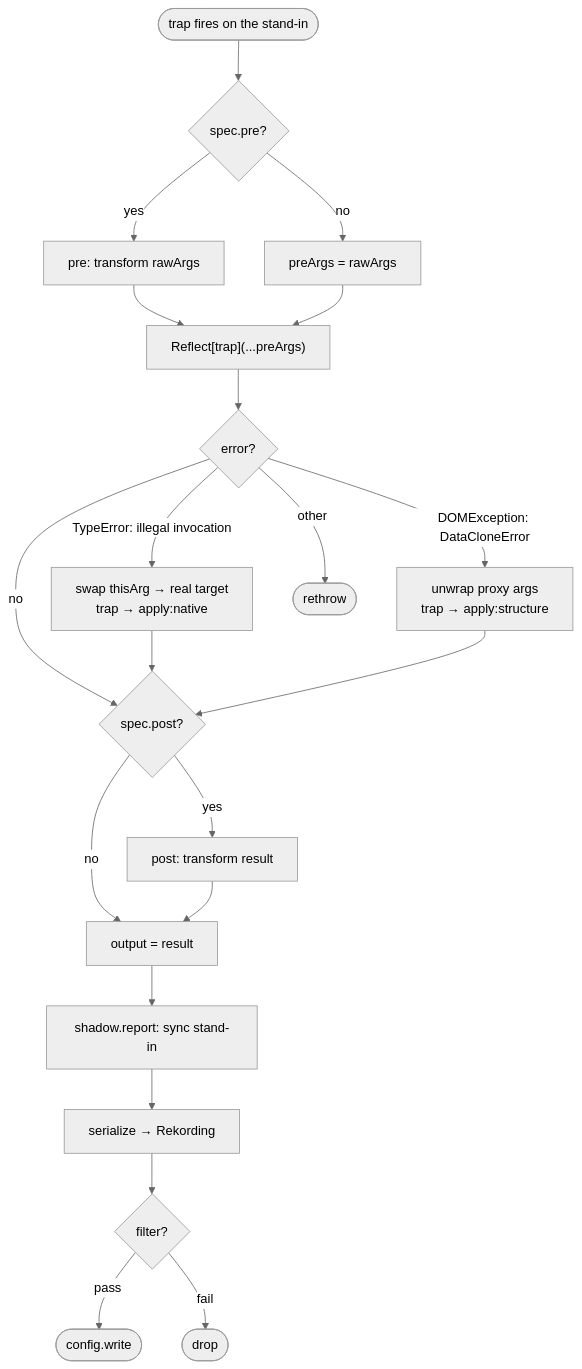
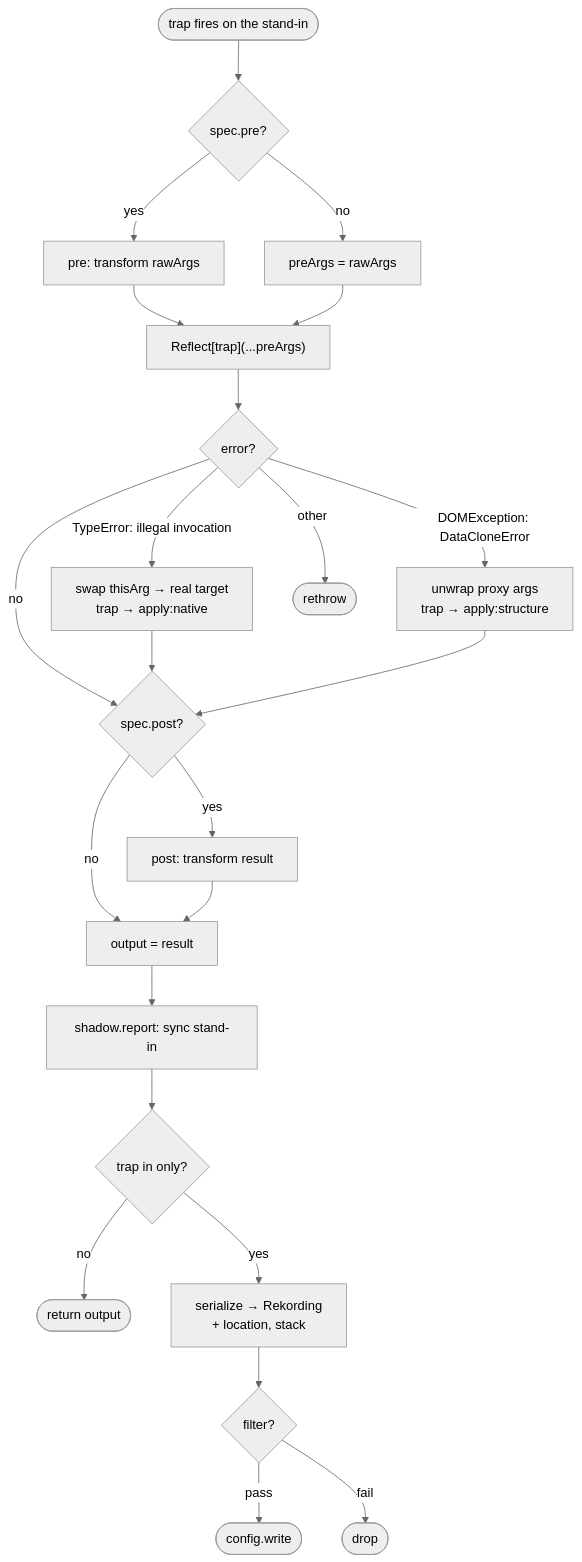
Before and after one commit to rspieker/flugrekorder: the second of 3 diagrams in DESIGN.md, drawn with Mermaid (neutral theme). The commit also changed other lines of this file and 8 other files, not shown here.

````diff
--- a/DESIGN.md
+++ b/DESIGN.md
@@ -95,26 +95,28 @@
 ```mermaid
 flowchart TD
     A([trap fires on the stand-in]) --> B{spec.pre?}
     B -- yes --> C[pre: transform rawArgs]
     B -- no --> D[preArgs = rawArgs]
     C --> E
     D --> E
 
     E["Reflect[trap](...preArgs)"] --> F{error?}
     F -- no --> G{spec.post?}
     F -- "TypeError: illegal invocation" --> H["swap thisArg → real target<br/>trap → apply:native"]
     F -- "DOMException: DataCloneError" --> I["unwrap proxy args<br/>trap → apply:structure"]
     F -- other --> J([rethrow])
     H --> G
     I --> G
 
     G -- yes --> K[post: transform result]
     G -- no --> L[output = result]
     K --> L
 
     L --> S["shadow.report: sync stand-in"]
-    S --> M["serialize → Rekording"]
+    S --> R{"trap in only?"}
+    R -- no --> Q([return output])
+    R -- yes --> M["serialize → Rekording<br/>+ location, stack"]
     M --> N{filter?}
     N -- pass --> O([config.write])
     N -- fail --> P([drop])
 ```
````
